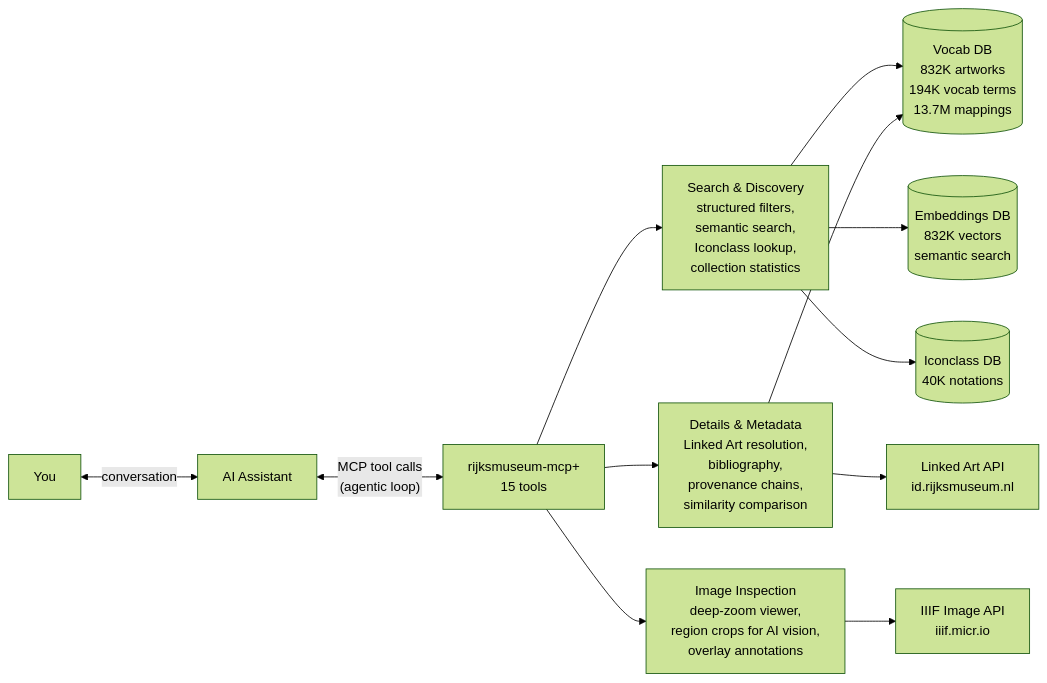
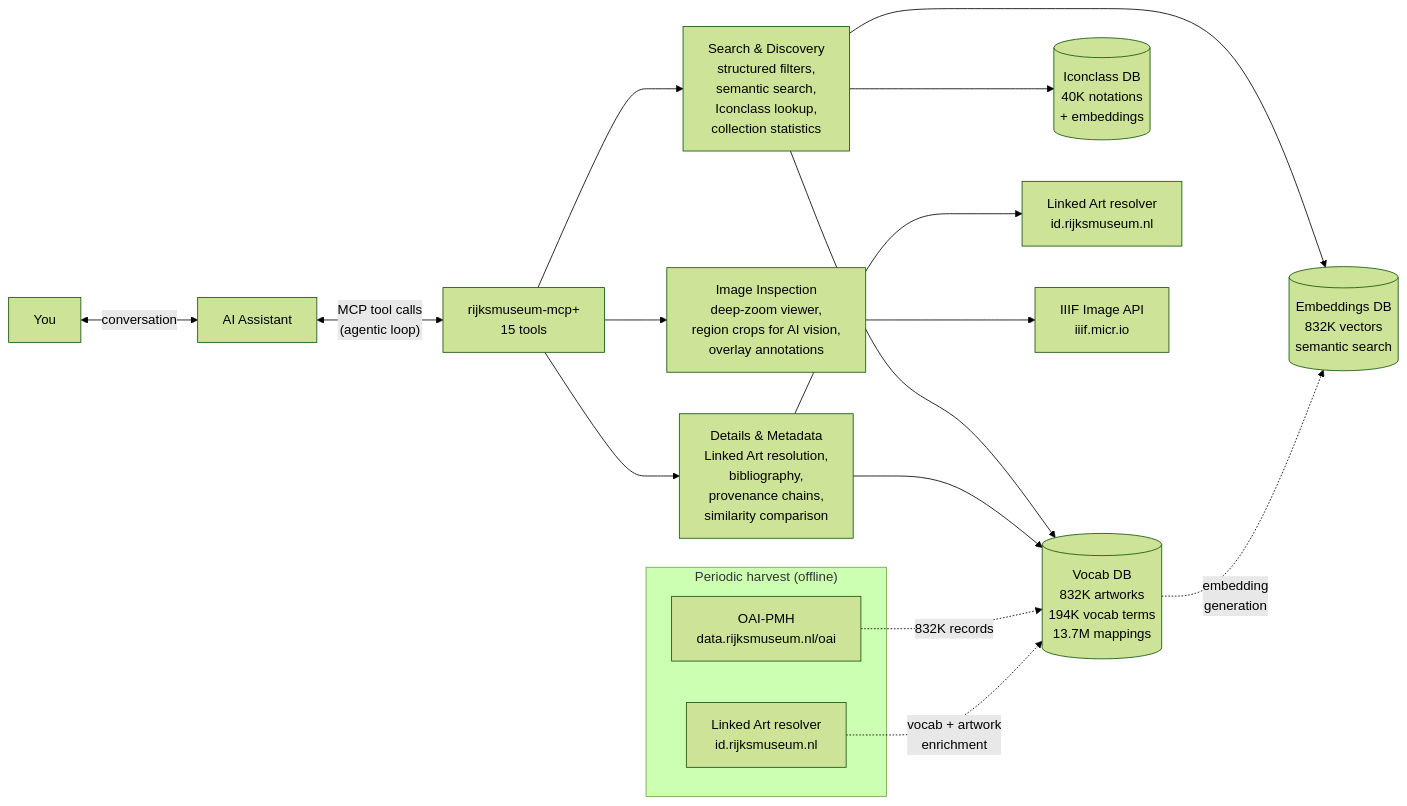
The first of 2 diagrams in README.md (kintopp/rijksmuseum-mcp-plus), drawn with Mermaid (forest theme) before and after one commit. The commit also changed other lines of this file and 1 other file, not shown here.

First line of the commit message:
Update README and technical guide to reflect actual data source usage

````diff
--- a/README.md
+++ b/README.md
@@ -99,40 +99,53 @@
 ```mermaid
 flowchart LR
     User["You"] <-->|conversation| AI["AI Assistant"]
 
     AI <-->|"MCP tool calls
     (agentic loop)"| Server["rijksmuseum-mcp+
     15 tools"]
 
     Server --> Search["Search & Discovery
     structured filters,
     semantic search,
     Iconclass lookup,
     collection statistics"]
 
     Server --> Details["Details & Metadata
     Linked Art resolution,
     bibliography,
     provenance chains,
     similarity comparison"]
 
     Server --> Images["Image Inspection
     deep-zoom viewer,
     region crops for AI vision,
     overlay annotations"]
 
     Search --> VocabDB[("Vocab DB
     832K artworks
     194K vocab terms
     13.7M mappings")]
     Search --> EmbeddingsDB[("Embeddings DB
     832K vectors
     semantic search")]
     Search --> IconclassDB[("Iconclass DB
-    40K notations")]
-    Details --> LinkedArt["Linked Art API
+    40K notations
+    + embeddings")]
+    Details --> LinkedArt["Linked Art resolver
     id.rijksmuseum.nl"]
     Details --> VocabDB
     Images --> IIIF["IIIF Image API
     iiif.micr.io"]
+
+    subgraph Harvest ["Periodic harvest (offline)"]
+        OAI["OAI-PMH
+        data.rijksmuseum.nl/oai"]
+        LA2["Linked Art resolver
+        id.rijksmuseum.nl"]
+    end
+    OAI -.->|"832K records"| VocabDB
+    LA2 -.->|"vocab + artwork
+    enrichment"| VocabDB
+    VocabDB -.->|"embedding
+    generation"| EmbeddingsDB
 ```
````
